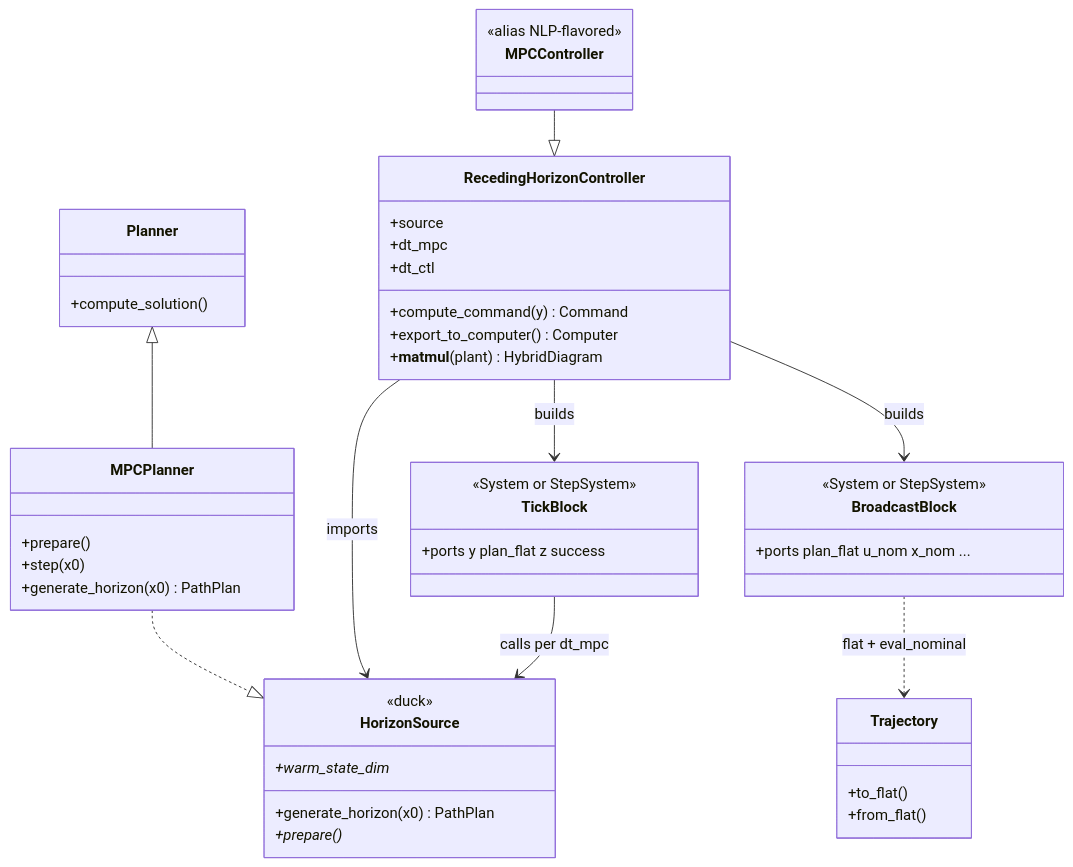
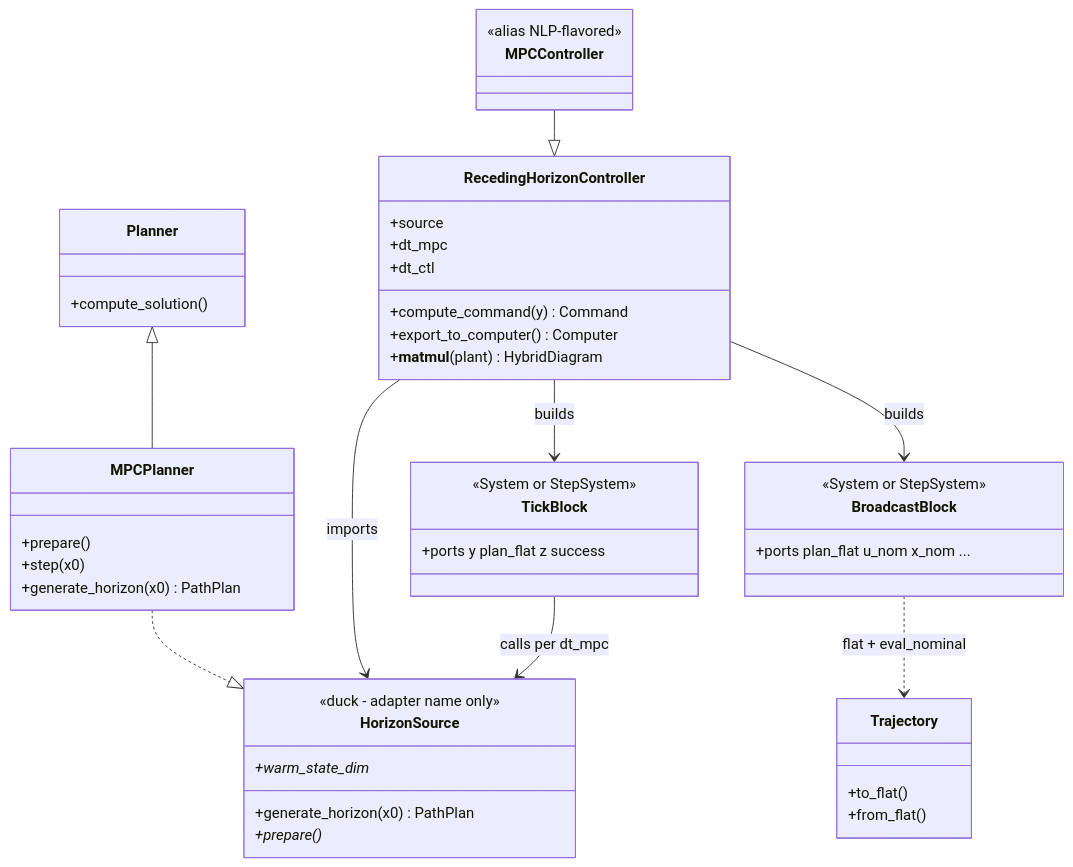
Before and after one commit to alx87grd/minilink: the second of 4 diagrams in docs/plans/mpc-controller-architecture.md, drawn with Mermaid. The commit also changed other lines of this file, not shown here.

````diff
--- a/docs/plans/mpc-controller-architecture.md
+++ b/docs/plans/mpc-controller-architecture.md
@@ -300,49 +316,49 @@
 ```mermaid
 classDiagram
   class Planner {
     +compute_solution()
   }
   class MPCPlanner {
     +prepare()
     +step(x0)
     +generate_horizon(x0) PathPlan
   }
   class HorizonSource {
-    <<duck>>
+    <<duck - adapter name only>>
     +generate_horizon(x0) PathPlan
     +prepare()*
     +warm_state_dim*
   }
   class RecedingHorizonController {
     +source
     +dt_mpc
     +dt_ctl
     +compute_command(y) Command
     +export_to_computer() Computer
     +__matmul__(plant) HybridDiagram
   }
   class MPCController {
     <<alias NLP-flavored>>
   }
   class TickBlock {
     <<System or StepSystem>>
     +ports y plan_flat z success
   }
   class BroadcastBlock {
     <<System or StepSystem>>
     +ports plan_flat u_nom x_nom ...
   }
   class Trajectory {
     +to_flat()
     +from_flat()
   }
 
   Planner <|-- MPCPlanner
   MPCPlanner ..|> HorizonSource
   RecedingHorizonController --> HorizonSource : imports
   MPCController --|> RecedingHorizonController
   RecedingHorizonController --> TickBlock : builds
   RecedingHorizonController --> BroadcastBlock : builds
   TickBlock --> HorizonSource : calls per dt_mpc
   BroadcastBlock ..> Trajectory : flat + eval_nominal
 ```
````
